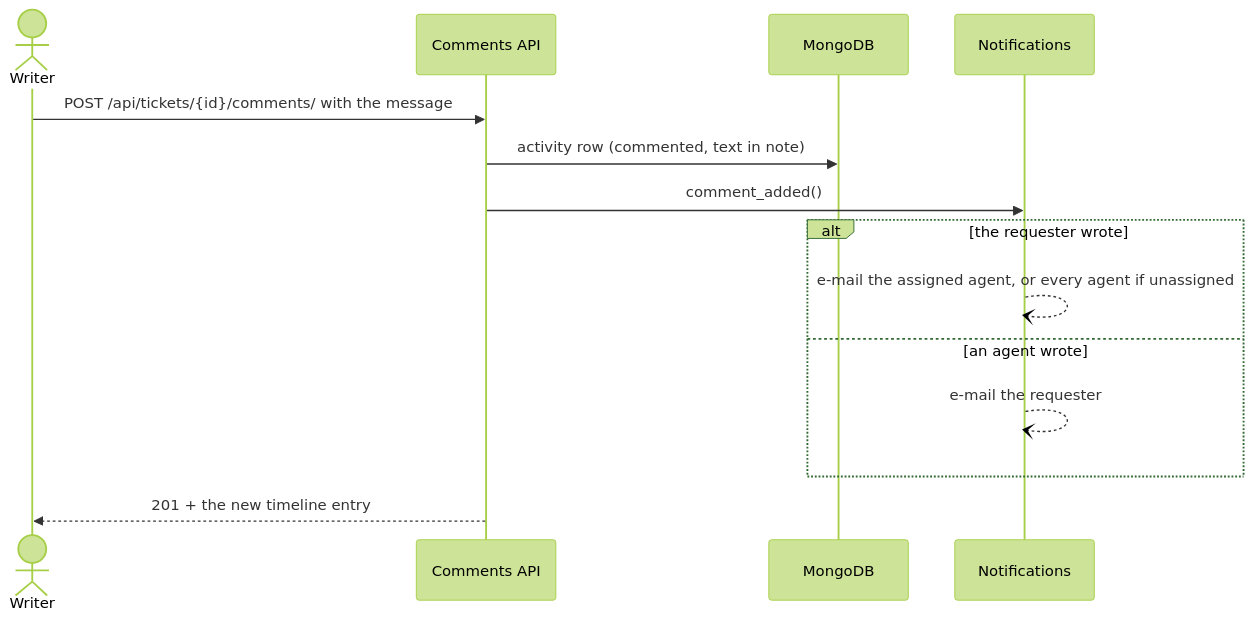
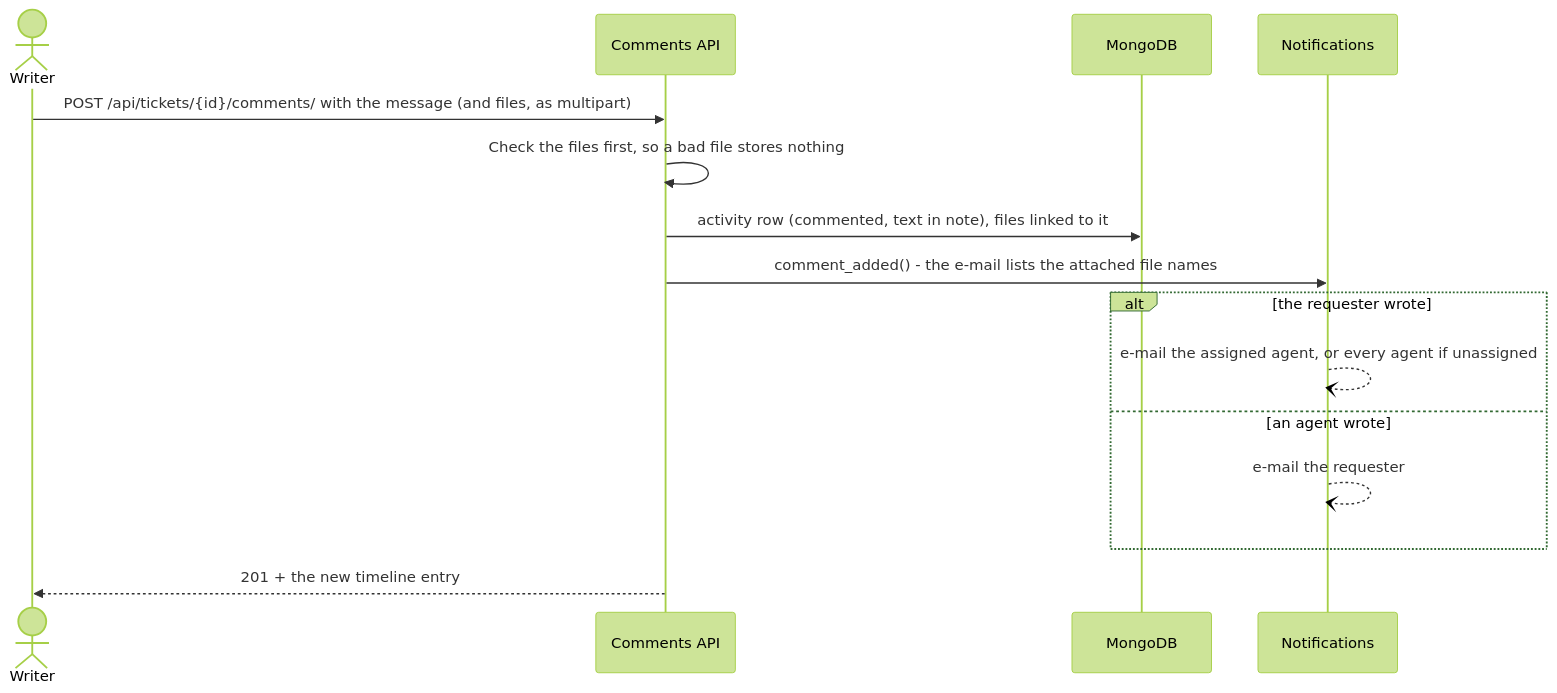
The seventh of 13 diagrams in docs/WORKFLOWS.md (arunsanjeevms/Smart-Support-Desk), drawn with Mermaid (forest theme) before and after one commit. The commit also changed other lines of this file and 6 other files, not shown here.

````diff
--- a/docs/WORKFLOWS.md
+++ b/docs/WORKFLOWS.md
@@ -259,17 +284,18 @@
 ```mermaid
 sequenceDiagram
     actor W as Writer
     participant API as Comments API
     participant DB as MongoDB
     participant M as Notifications
 
-    W->>API: POST /api/tickets/{id}/comments/ with the message
-    API->>DB: activity row (commented, text in note)
-    API->>M: comment_added()
+    W->>API: POST /api/tickets/{id}/comments/ with the message (and files, as multipart)
+    API->>API: Check the files first, so a bad file stores nothing
+    API->>DB: activity row (commented, text in note), files linked to it
+    API->>M: comment_added() - the e-mail lists the attached file names
     alt the requester wrote
         M--)M: e-mail the assigned agent, or every agent if unassigned
     else an agent wrote
         M--)M: e-mail the requester
     end
     API-->>W: 201 + the new timeline entry
 ```
````
